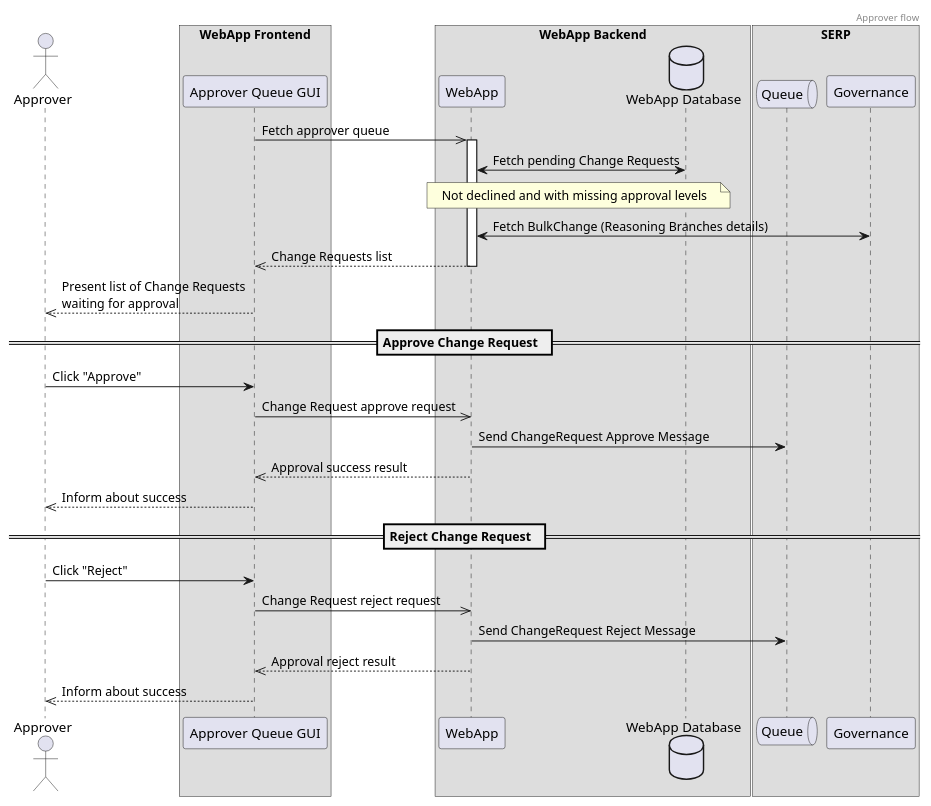
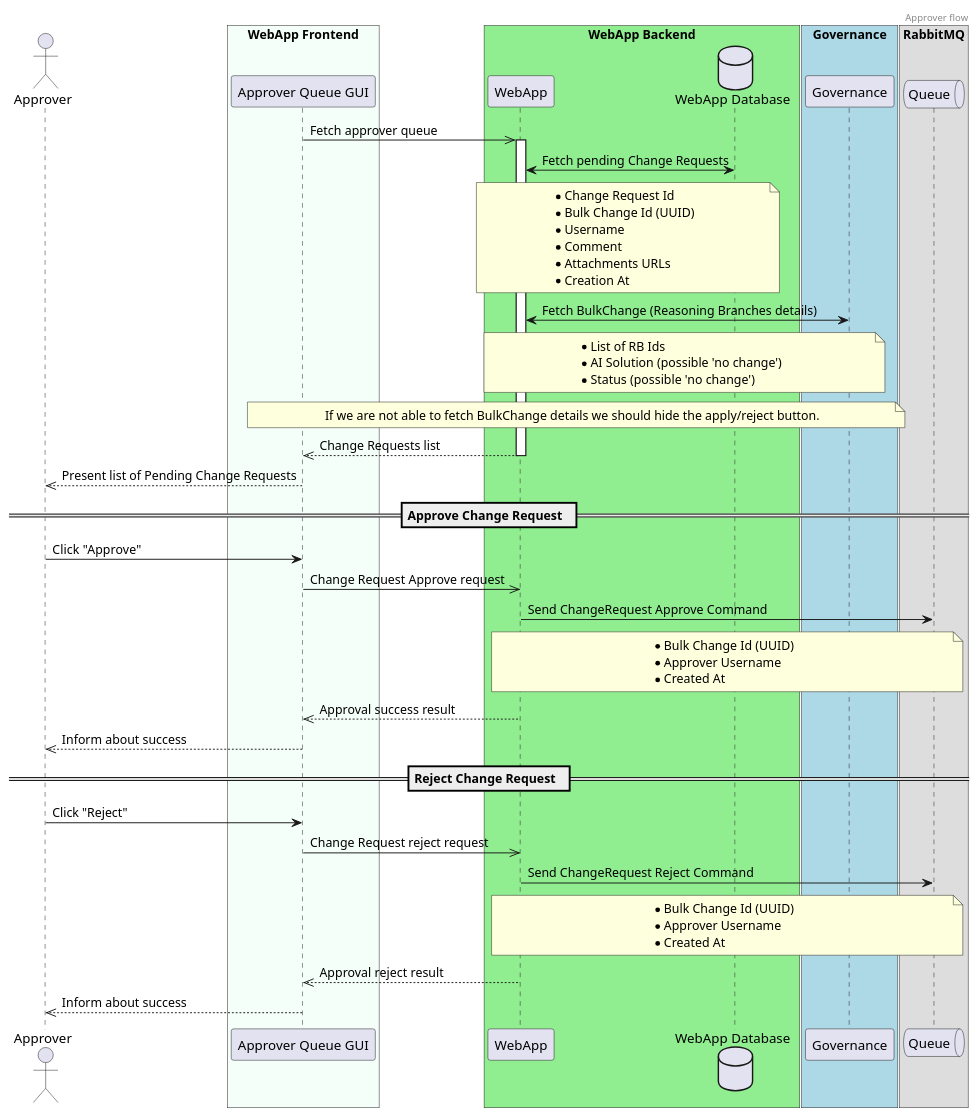
One commit to ngraczykowski/iris-root changed the diagram in modules/webapp/sens-webapp-documentation/src/docs/asciidoc/adrs/diagrams/approver-accept-or-reject-change-request-queue.puml. Above: the diagram before and after it, drawn with PlantUML. The commit also changed 6 other files, not shown here.

```diff
--- a/modules/webapp/sens-webapp-documentation/src/docs/asciidoc/adrs/diagrams/approver-accept-or-reject-change-request-queue.puml
+++ b/modules/webapp/sens-webapp-documentation/src/docs/asciidoc/adrs/diagrams/approver-accept-or-reject-change-request-queue.puml
@@ -1,56 +1,84 @@
 @startuml
 header Approver flow
 
 actor Approver
-box "WebApp Frontend"
+
+box "WebApp Frontend" #MintCream
     participant Frontend as "Approver Queue GUI"
 end box
 
-box "WebApp Backend"
+box "WebApp Backend" #LightGreen
     participant Backend as "WebApp"
     database WebAppDB as "WebApp Database"
 end box
 
-box "SERP"
-    queue Queue
-    participant Governance
+box "Governance" #LightBlue
+    participant Governance as "Governance" order 45
+end box
+
+box "RabbitMQ"
+    queue Queue order 50
 end box
 
 Frontend ->> Backend : Fetch approver queue
 
 activate Backend
 Backend <-> WebAppDB : Fetch pending Change Requests
 note over Backend, WebAppDB
-    Not declined and with missing approval levels
+    * Change Request Id
+    * Bulk Change Id (UUID)
+    * Username
+    * Comment
+    * Attachments URLs
+    * Creation At
 end note
 Backend <-> Governance : Fetch BulkChange (Reasoning Branches details)
+note over Backend, Governance
+    * List of RB Ids
+    * AI Solution (possible 'no change')
+    * Status (possible 'no change')
+end note
+note over Frontend, Governance
+    If we are not able to fetch BulkChange details we should hide the apply/reject button.
+end note
 
 Backend -->> Frontend : Change Requests list
 deactivate Backend
 
-Frontend -->> Approver : Present list of Change Requests \nwaiting for approval
+Frontend -->> Approver : Present list of Pending Change Requests
 
 
 ==  Approve Change Request  ==
 
 Approver -> Frontend : Click "Approve"
-Frontend ->> Backend : Change Request approve request
+Frontend ->> Backend : Change Request Approve request
 
-Backend -> Queue : Send ChangeRequest Approve Message
+Backend -> Queue : Send ChangeRequest Approve Command
+note over Backend, Queue
+    * Bulk Change Id (UUID)
+    * Approver Username
+    * Created At
+end note
 
 Backend -->> Frontend : Approval success result
 
 Frontend -->> Approver : Inform about success
+
 
 ==  Reject Change Request  ==
 
 Approver -> Frontend : Click "Reject"
 Frontend ->> Backend : Change Request reject request
 
-Backend -> Queue : Send ChangeRequest Reject Message
+Backend -> Queue : Send ChangeRequest Reject Command
+note over Backend, Queue
+    * Bulk Change Id (UUID)
+    * Approver Username
+    * Created At
+end note
 
 Backend -->> Frontend : Approval reject result
 
 Frontend -->> Approver : Inform about success
 
 @enduml
```
